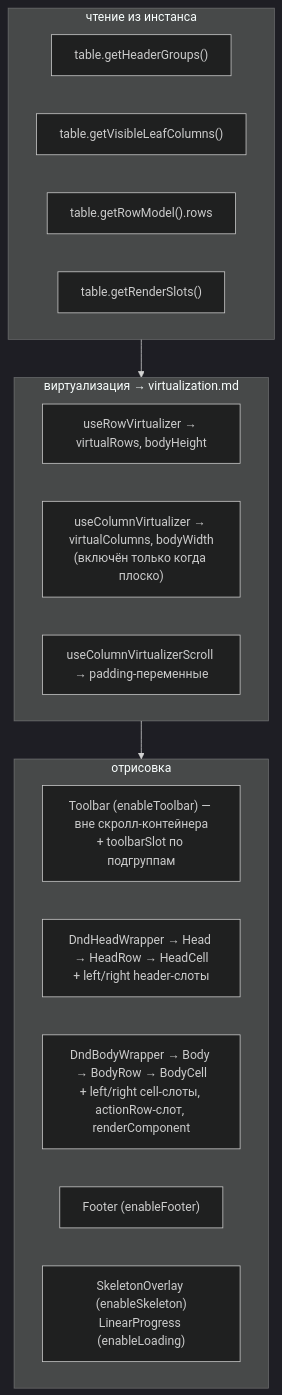
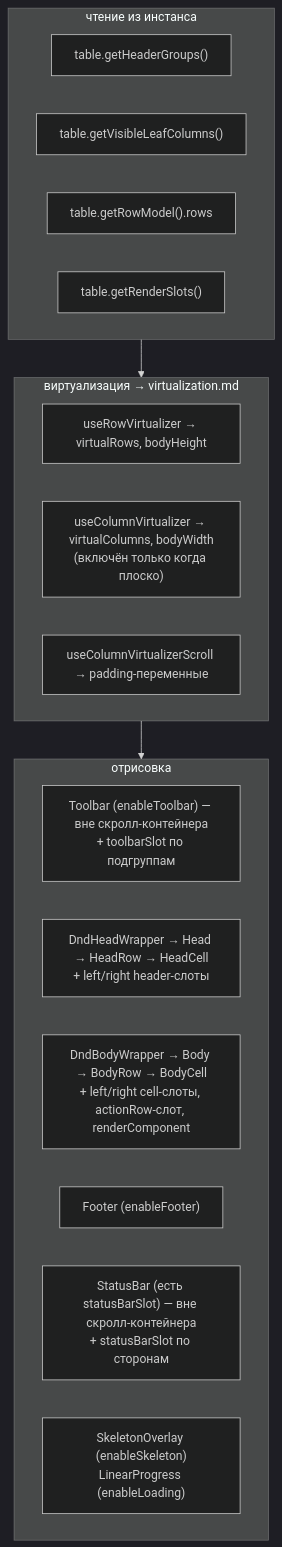
Before and after one commit to tessera-grid/tessera: the third of 3 diagrams in docs/architecture/rendering.md, drawn with Mermaid (dark theme). The commit also changed other lines of this file and 21 other files, not shown here.

First line of the commit message:
feat(grid): нижняя панель statusBarSlot под таблицей

````diff
--- a/docs/architecture/rendering.md
+++ b/docs/architecture/rendering.md
@@ -59,25 +59,26 @@
 ```mermaid
 flowchart TB
     subgraph read["чтение из инстанса"]
         HGS["table.getHeaderGroups()"]
         LC["table.getVisibleLeafColumns()"]
         RM["table.getRowModel().rows"]
         SLOTS["table.getRenderSlots()"]
     end
 
     subgraph virt["виртуализация → virtualization.md"]
         RV["useRowVirtualizer → virtualRows, bodyHeight"]
         CV["useColumnVirtualizer → virtualColumns, bodyWidth<br/>(включён только когда плоско)"]
         PAD["useColumnVirtualizerScroll → padding-переменные"]
     end
 
     subgraph paint["отрисовка"]
         TB["Toolbar (enableToolbar) — вне скролл-контейнера<br/>+ toolbarSlot по подгруппам"]
         HEAD["DndHeadWrapper → Head → HeadRow → HeadCell<br/>+ left/right header-слоты"]
         BODY["DndBodyWrapper → Body → BodyRow → BodyCell<br/>+ left/right cell-слоты, actionRow-слот, renderComponent"]
         FOOT["Footer (enableFooter)"]
+        SB["StatusBar (есть statusBarSlot) — вне скролл-контейнера<br/>+ statusBarSlot по сторонам"]
         SK["SkeletonOverlay (enableSkeleton)<br/>LinearProgress (enableLoading)"]
     end
 
     read --> virt --> paint
 ```
````
